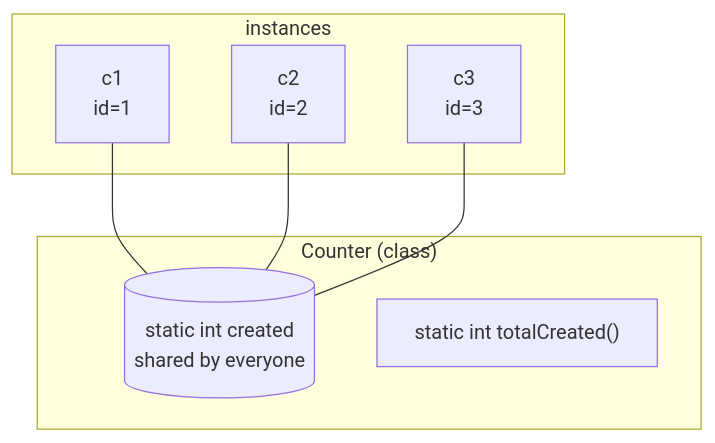
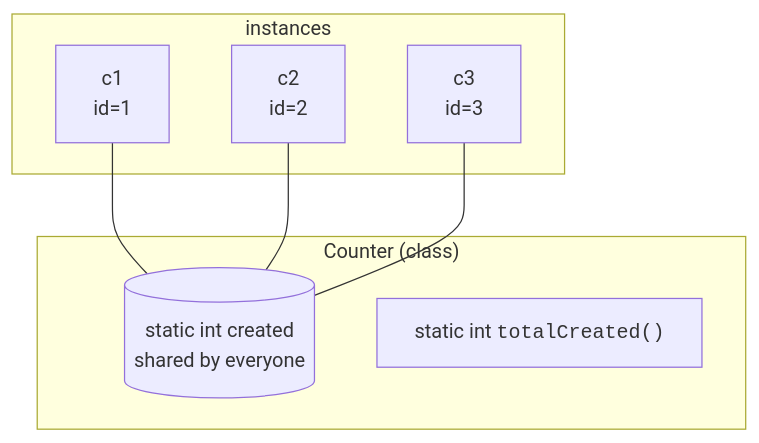
The first of 3 diagrams in content/learn/oop-blueprint-java/static-and-utility.mdx (dataslope/dataslope), drawn with Mermaid before and after one commit. The commit also changed 153 other files, not shown here.

First line of the commit message:
Render code-only mermaid shapes in monospace; convert step sequences to Steps

````diff
--- a/content/learn/oop-blueprint-java/static-and-utility.mdx
+++ b/content/learn/oop-blueprint-java/static-and-utility.mdx
@@ -21,15 +21,15 @@
 ```mermaid
 flowchart TB
     subgraph C["Counter (class)"]
         S[("static int created<br/>shared by everyone")]
-        SM["static int totalCreated()"]
+        SM["static int <code>totalCreated()</code>"]
     end
     subgraph I["instances"]
         I1["c1<br/>id=1"]
         I2["c2<br/>id=2"]
         I3["c3<br/>id=3"]
     end
     I1 --- S
     I2 --- S
     I3 --- S
 ```
````
